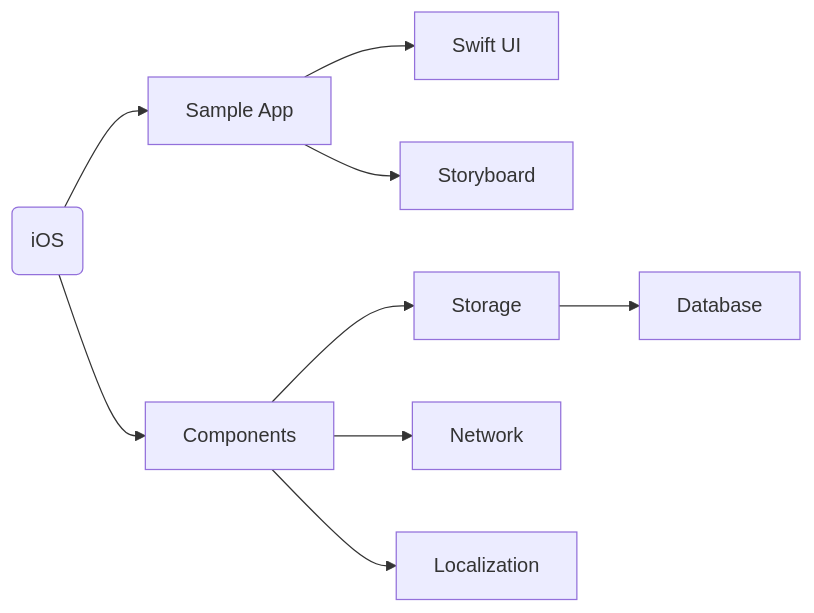
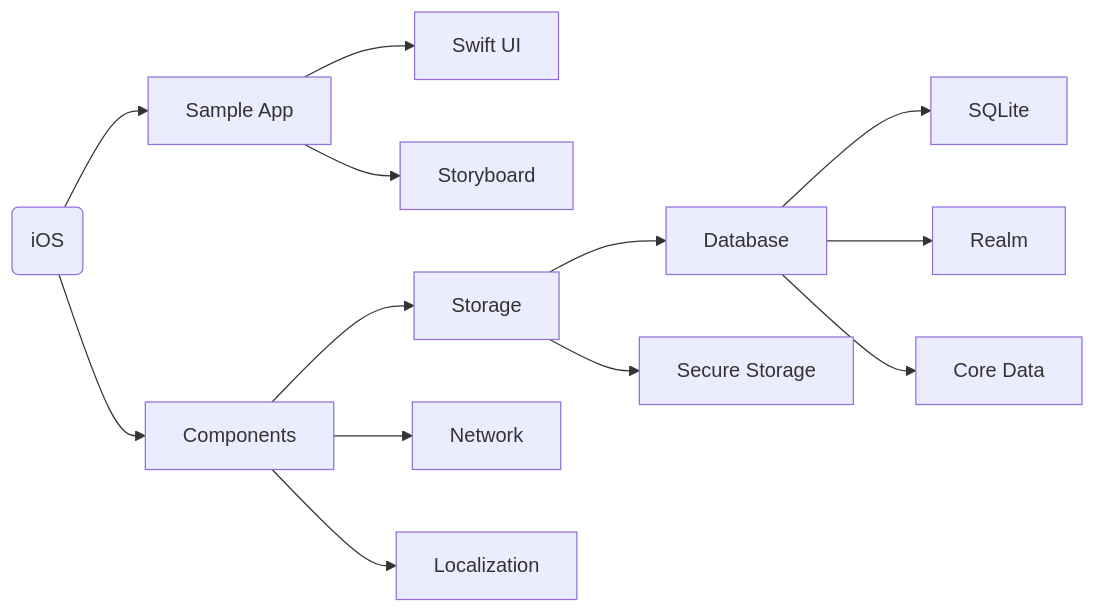
One commit to Packiaseelan/test changed the diagram in README.md. Above: the diagram before and after it, drawn with Mermaid.

````diff
--- a/README.md
+++ b/README.md
@@ -3,18 +3,23 @@
 ```mermaid
 graph LR
 
 A(iOS)
 
 A --> B[Sample App]
 A --> C[Components]
 
 B --> B1[Swift UI]
 B --> B2[Storyboard]
 
 C --> C1[Storage]
 C --> C2[Network]
 C --> C3[Localization]
 
 C1 --> C11[Database]
+C1 --> C12[Secure Storage]
+
+C11 --> C111[SQLite]
+C11 --> C112[Realm]
+C11 --> C113[Core Data]
 
 ```
````
